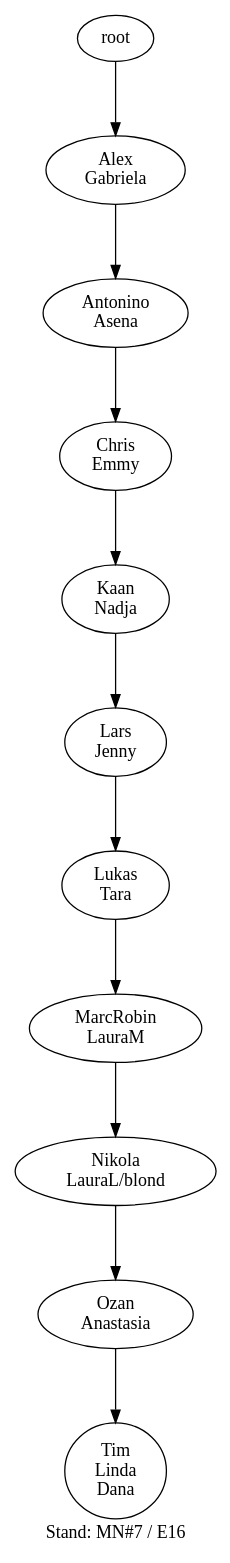
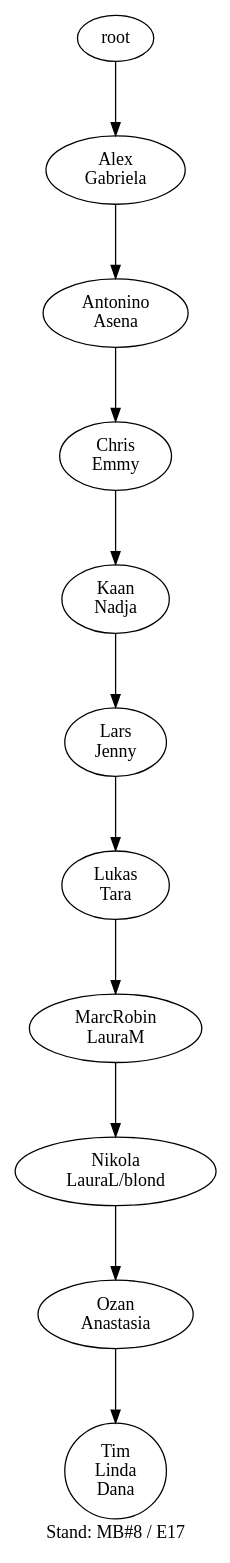
Before and after one commit to atticus-sullivan/sim-ayto: the diagram in data/de04r/de04r_15_tree.dot, drawn with Graphviz. The commit also changed 88 other files, not shown here.

```diff
--- a/data/de04r/de04r_15_tree.dot
+++ b/data/de04r/de04r_15_tree.dot
@@ -1,22 +1,22 @@
-digraph D { labelloc="b"; label="Stand: MN#7 / E16"; ranksep=0.8;
+digraph D { labelloc="b"; label="Stand: MB#8 / E17"; ranksep=0.8;
 "root/3"[label="Alex\nGabriela"]
 "root" -> "root/3";
 "root/3/1"[label="Antonino\nAsena"]
 "root/3" -> "root/3/1";
 "root/3/1/2"[label="Chris\nEmmy"]
 "root/3/1" -> "root/3/1/2";
 "root/3/1/2/8"[label="Kaan\nNadja"]
 "root/3/1/2" -> "root/3/1/2/8";
 "root/3/1/2/8/4"[label="Lars\nJenny"]
 "root/3/1/2/8" -> "root/3/1/2/8/4";
 "root/3/1/2/8/4/9"[label="Lukas\nTara"]
 "root/3/1/2/8/4" -> "root/3/1/2/8/4/9";
 "root/3/1/2/8/4/9/6"[label="MarcRobin\nLauraM"]
 "root/3/1/2/8/4/9" -> "root/3/1/2/8/4/9/6";
 "root/3/1/2/8/4/9/6/5"[label="Nikola\nLauraL/blond"]
 "root/3/1/2/8/4/9/6" -> "root/3/1/2/8/4/9/6/5";
 "root/3/1/2/8/4/9/6/5/0"[label="Ozan\nAnastasia"]
 "root/3/1/2/8/4/9/6/5" -> "root/3/1/2/8/4/9/6/5/0";
 "root/3/1/2/8/4/9/6/5/0/7,10"[label="Tim\nLinda\nDana"]
 "root/3/1/2/8/4/9/6/5/0" -> "root/3/1/2/8/4/9/6/5/0/7,10";
 }
```
